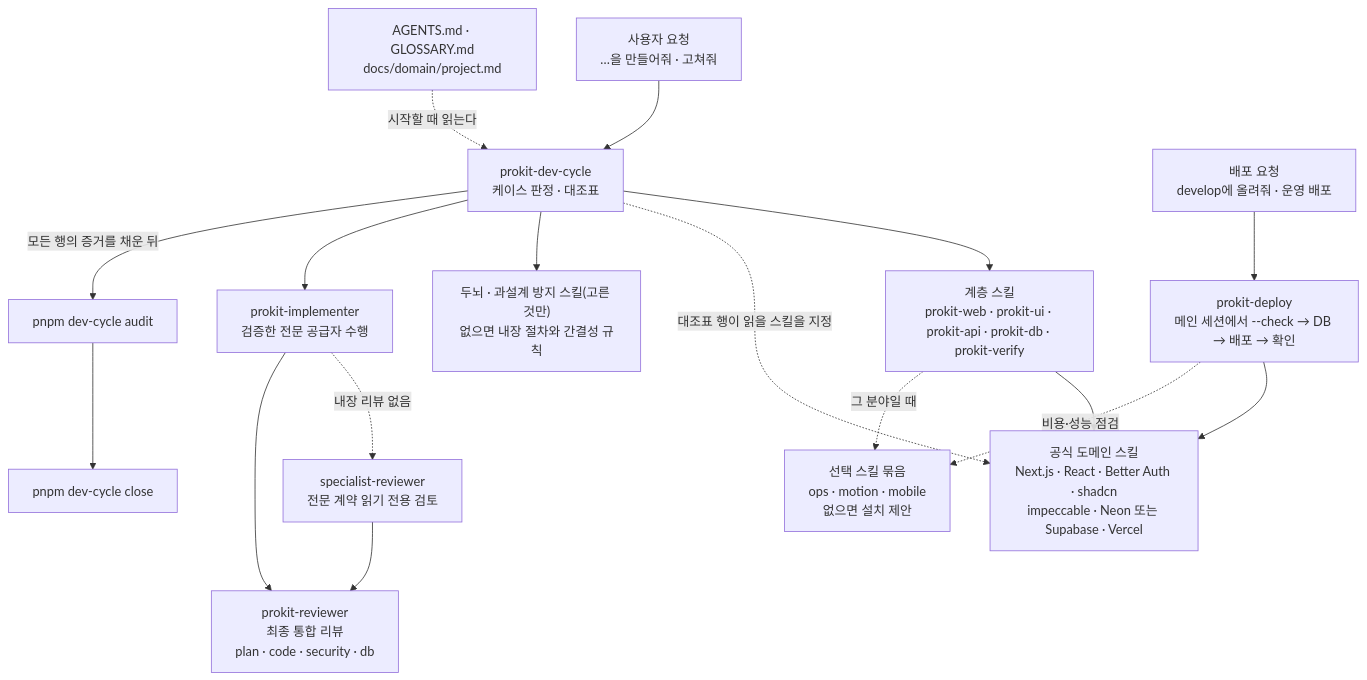
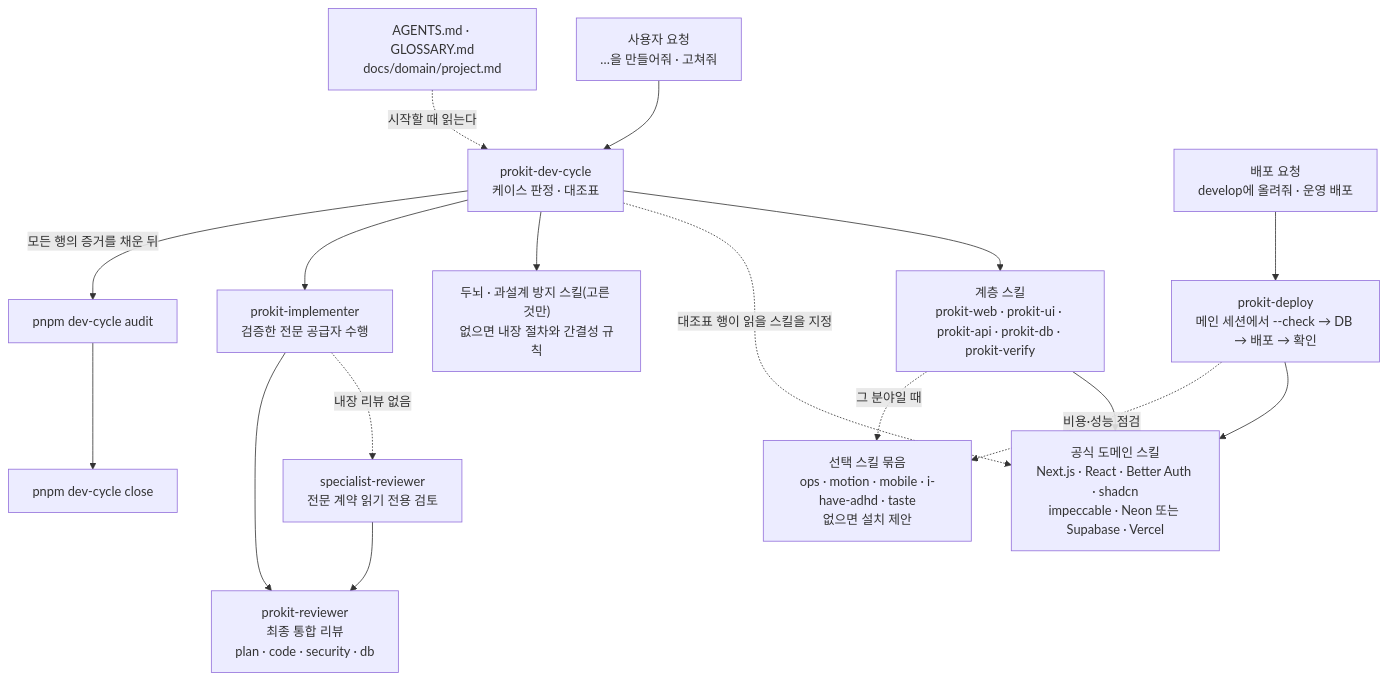
Before and after one commit to roadkwon-ai/pro-kit: the diagram in handbook/concepts/harness.md, drawn with Mermaid. The commit also changed 60 other files, not shown here.

````diff
--- a/handbook/concepts/harness.md
+++ b/handbook/concepts/harness.md
@@ -23,19 +23,19 @@
 ```mermaid
 flowchart TD
   REQ["사용자 요청<br/>…을 만들어줘 · 고쳐줘"] --> DC["prokit-dev-cycle<br/>케이스 판정 · 대조표"]
   RULES["AGENTS.md · GLOSSARY.md<br/>docs/domain/project.md"] -.->|시작할 때 읽는다| DC
   DC --> LAYER["계층 스킬<br/>prokit-web · prokit-ui · prokit-api · prokit-db · prokit-verify"]
   LAYER --> OFF["공식 도메인 스킬<br/>Next.js · React · Better Auth · shadcn<br/>impeccable · Neon 또는 Supabase · Vercel"]
   DC -.->|대조표 행이 읽을 스킬을 지정| OFF
   DREQ["배포 요청<br/>develop에 올려줘 · 운영 배포"] --> DEP["prokit-deploy<br/>메인 세션에서 --check → DB → 배포 → 확인"]
   DEP --> OFF
-  LAYER -.->|그 분야일 때| OPT["선택 스킬 묶음<br/>ops · motion · mobile<br/>없으면 설치 제안"]
+  LAYER -.->|그 분야일 때| OPT["선택 스킬 묶음<br/>ops · motion · mobile · i-have-adhd · taste<br/>없으면 설치 제안"]
   DEP -.->|비용·성능 점검| OPT
   DC --> PROC["두뇌 · 과설계 방지 스킬(고른 것만)<br/>없으면 내장 절차와 간결성 규칙"]
   DC --> IMP["prokit-implementer<br/>검증한 전문 공급자 수행"]
   IMP -.->|내장 리뷰 없음| SREV["specialist-reviewer<br/>전문 계약 읽기 전용 검토"]
   IMP --> REV["prokit-reviewer<br/>최종 통합 리뷰<br/>plan · code · security · db"]
   SREV --> REV
   DC -->|모든 행의 증거를 채운 뒤| AUD["pnpm dev-cycle audit"]
   AUD --> CLOSE["pnpm dev-cycle close"]
 ```
````
